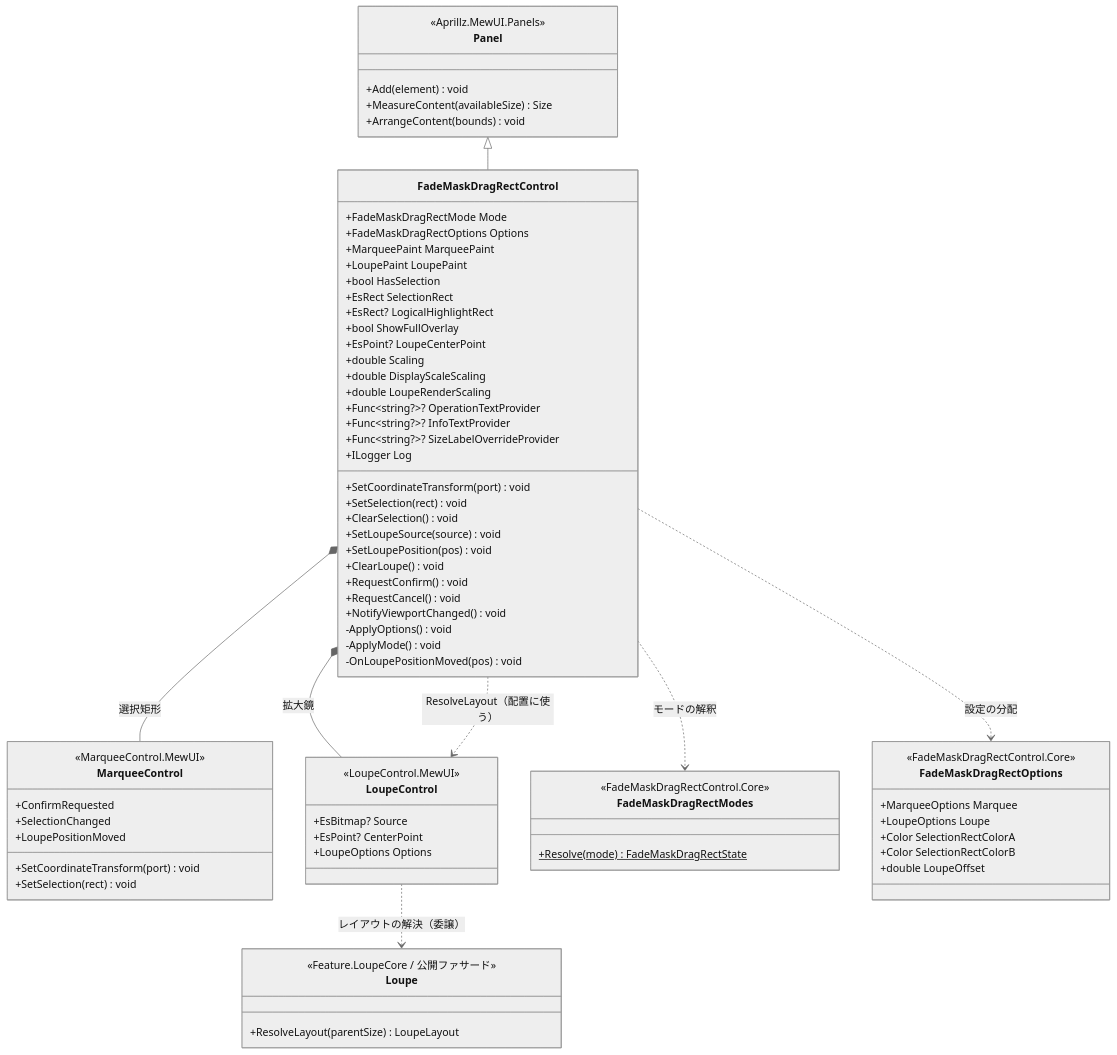
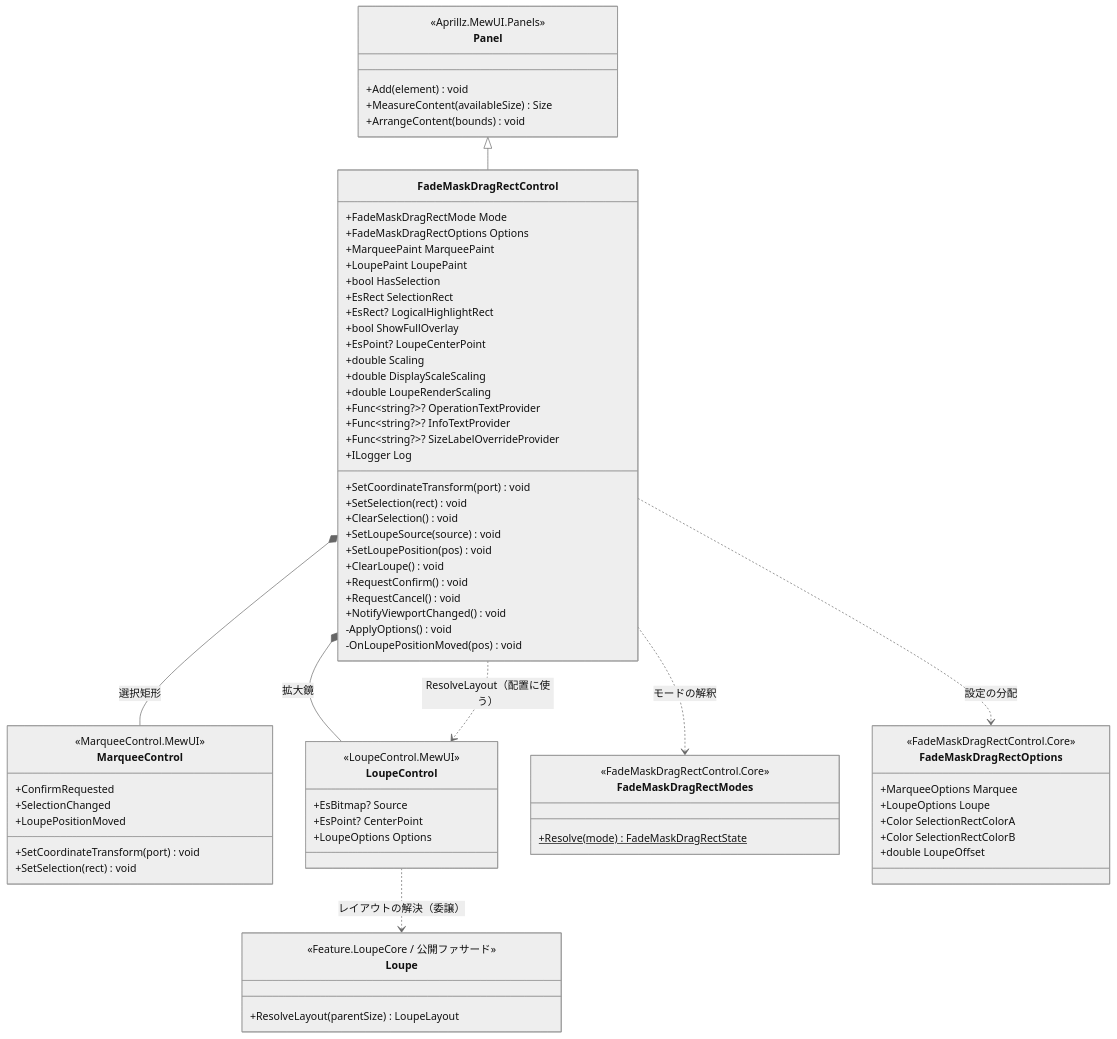
Before and after one commit to tomokuni/SaveEvidence: the first of 4 diagrams in src/FadeMaskDragRectControl.MewUI/SPEC_System.md, drawn with Mermaid (neutral theme). The commit also changed other lines of this file and 30 other files, not shown here.

````diff
--- a/src/FadeMaskDragRectControl.MewUI/SPEC_System.md
+++ b/src/FadeMaskDragRectControl.MewUI/SPEC_System.md
@@ -94,77 +94,76 @@
 ```mermaid
 classDiagram
     class Panel {
         <<Aprillz.MewUI.Panels>>
         +Add(element) void
         +MeasureContent(availableSize) Size
         +ArrangeContent(bounds) void
     }
     class FadeMaskDragRectControl {
         +FadeMaskDragRectMode Mode
         +FadeMaskDragRectOptions Options
         +MarqueePaint MarqueePaint
         +LoupePaint LoupePaint
         +bool HasSelection
         +EsRect SelectionRect
         +EsRect? LogicalHighlightRect
         +bool ShowFullOverlay
         +EsPoint? LoupeCenterPoint
         +double Scaling
         +double DisplayScaleScaling
         +double LoupeRenderScaling
         +Func~string?~? OperationTextProvider
         +Func~string?~? InfoTextProvider
         +Func~string?~? SizeLabelOverrideProvider
         +ILogger Log
         +SetCoordinateTransform(port) void
         +SetSelection(rect) void
         +ClearSelection() void
         +SetLoupeSource(source) void
         +SetLoupePosition(pos) void
         +ClearLoupe() void
         +RequestConfirm() void
         +RequestCancel() void
         +NotifyViewportChanged() void
         -ApplyOptions() void
-        -ApplyMode() void
         -OnLoupePositionMoved(pos) void
     }
     class MarqueeControl {
         <<MarqueeControl.MewUI>>
         +SetCoordinateTransform(port) void
         +SetSelection(rect) void
         +ConfirmRequested
         +SelectionChanged
         +LoupePositionMoved
     }
     class LoupeControl {
         <<LoupeControl.MewUI>>
         +EsBitmap? Source
         +EsPoint? CenterPoint
         +LoupeOptions Options
     }
     class FadeMaskDragRectModes {
         <<FadeMaskDragRectControl.Core>>
         +Resolve(mode)$ FadeMaskDragRectState
     }
     class FadeMaskDragRectOptions {
         <<FadeMaskDragRectControl.Core>>
         +MarqueeOptions Marquee
         +LoupeOptions Loupe
         +Color SelectionRectColorA
         +Color SelectionRectColorB
         +double LoupeOffset
     }
     class Loupe {
         <<Feature.LoupeCore / 公開ファサード>>
         +ResolveLayout(parentSize) LoupeLayout
     }
 
     Panel <|-- FadeMaskDragRectControl
     FadeMaskDragRectControl *-- MarqueeControl : 選択矩形
     FadeMaskDragRectControl *-- LoupeControl : 拡大鏡
     FadeMaskDragRectControl ..> FadeMaskDragRectModes : モードの解釈
     FadeMaskDragRectControl ..> FadeMaskDragRectOptions : 設定の分配
     LoupeControl ..> Loupe : レイアウトの解決（委譲）
     FadeMaskDragRectControl ..> LoupeControl : ResolveLayout（配置に使う）
 ```
````
